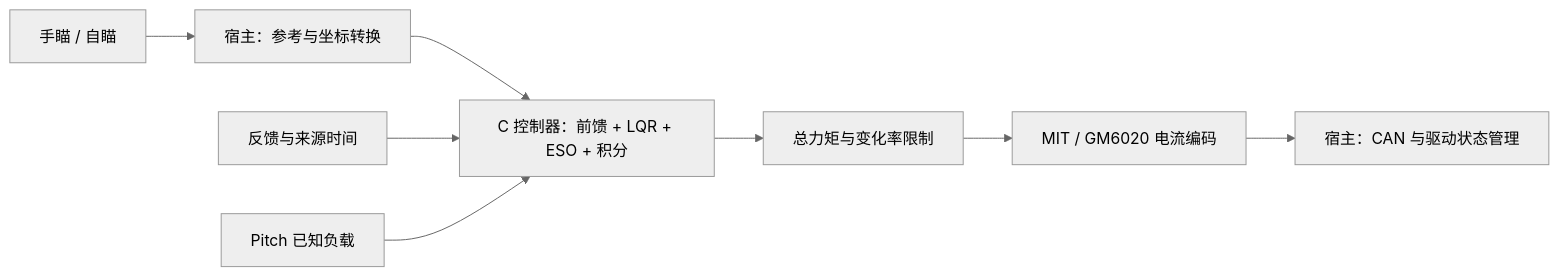
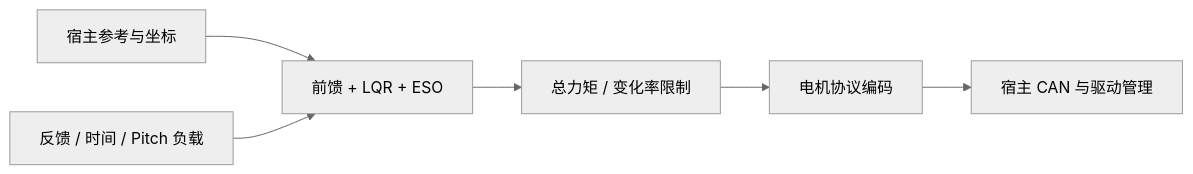
Before and after one commit to LYHrmer/gimbal-lqr-eso: the diagram in README.md, drawn with Mermaid (neutral theme). The commit also changed other lines of this file and 3 other files, not shown here.

````diff
--- a/README.md
+++ b/README.md
@@ -88,10 +109,8 @@
 ```mermaid
 flowchart LR
-    M["手瞄 / 自瞄"] --> R["宿主：参考与坐标转换"]
-    R --> C["C 控制器：前馈 + LQR + ESO + 积分"]
-    F["反馈与来源时间"] --> C
-    P["Pitch 已知负载"] --> C
-    C --> L["总力矩与变化率限制"]
-    L --> E["MIT / GM6020 电流编码"]
-    E --> H["宿主：CAN 与驱动状态管理"]
+    R["宿主参考与坐标"] --> C["前馈 + LQR + ESO"]
+    F["反馈 / 时间 / Pitch 负载"] --> C
+    C --> L["总力矩 / 变化率限制"]
+    L --> E["电机协议编码"]
+    E --> H["宿主 CAN 与驱动管理"]
 ```
````
